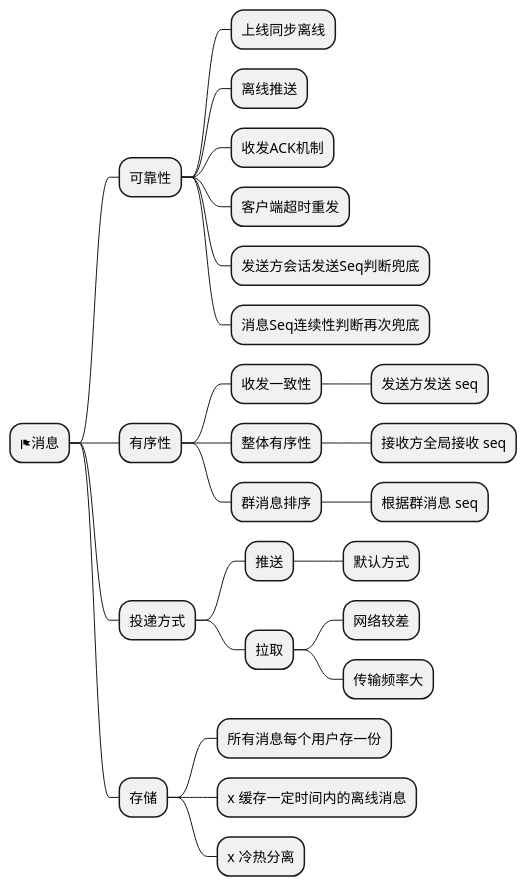
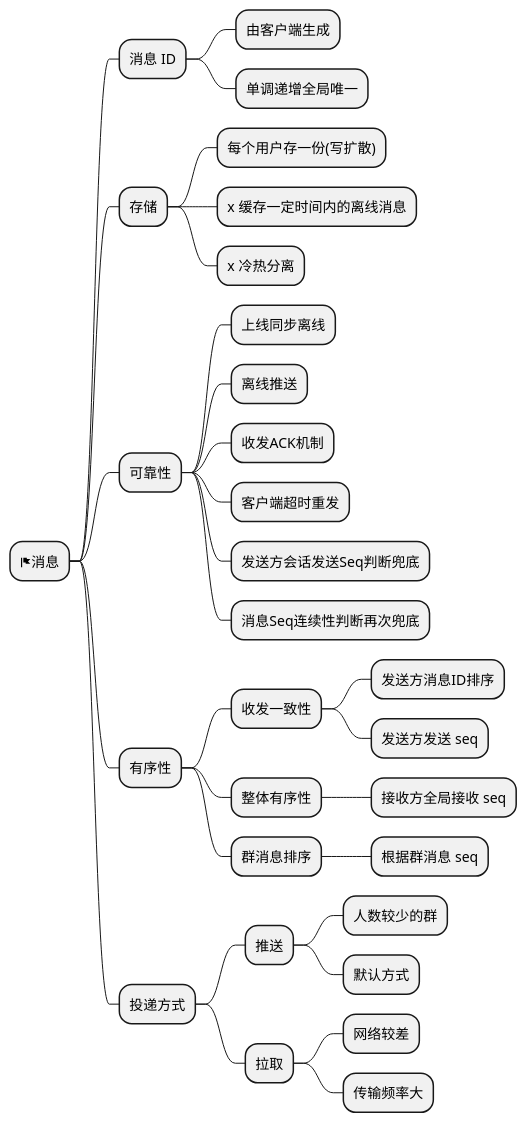
The diagram in doc/puml/arch/message_feature.puml (glide-im/glide-im), drawn with PlantUML before and after one commit. The commit also changed 15 other files, not shown here.

```diff
--- a/doc/puml/arch/message_feature.puml
+++ b/doc/puml/arch/message_feature.puml
@@ -1,30 +1,35 @@
 @startmindmap
 'https://plantuml.com/mindmap-diagram
 
 * <&flag>消息
+    ** 消息 ID
+        *** 由客户端生成
+        *** 单调递增全局唯一
+    ** 存储
+        *** 每个用户存一份(写扩散)
+        *** x 缓存一定时间内的离线消息
+        *** x 冷热分离
     ** 可靠性
         *** 上线同步离线
         *** 离线推送
         *** 收发ACK机制
         *** 客户端超时重发
         *** 发送方会话发送Seq判断兜底
         *** 消息Seq连续性判断再次兜底
     ** 有序性
         *** 收发一致性
+            **** 发送方消息ID排序
             **** 发送方发送 seq
         *** 整体有序性
             **** 接收方全局接收 seq
         *** 群消息排序
             **** 根据群消息 seq
     ** 投递方式
         *** 推送
+            **** 人数较少的群
             **** 默认方式
         *** 拉取
             **** 网络较差
             **** 传输频率大
-    ** 存储
-        *** 所有消息每个用户存一份
-        *** x 缓存一定时间内的离线消息
-        *** x 冷热分离
 
 @endmindmap
```
